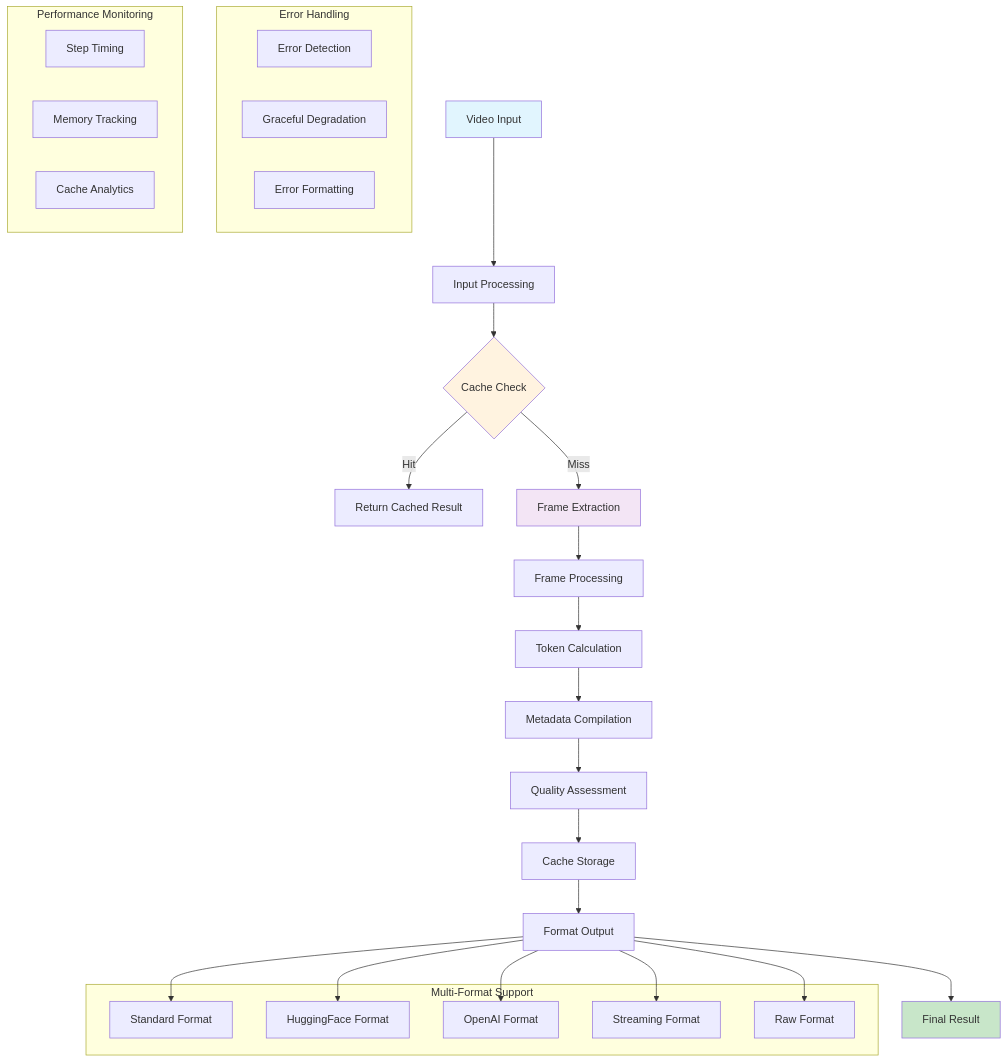
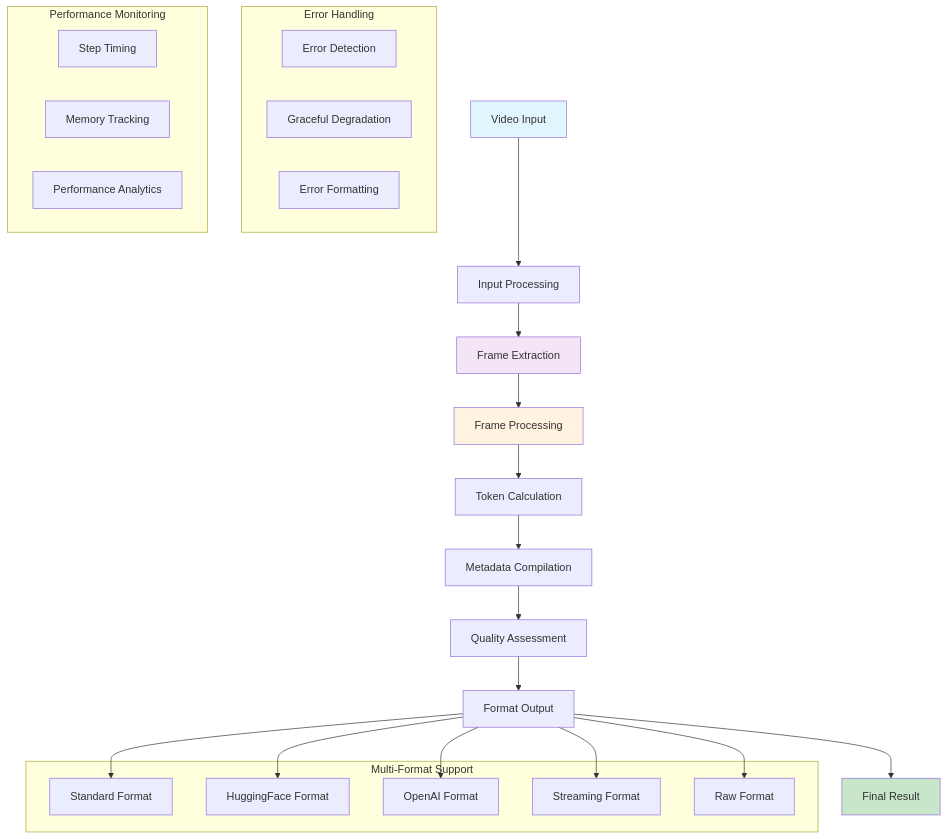
One commit to ShuhangGe/video_process changed the diagram in README.md. Above: the diagram before and after it, drawn with Mermaid. The commit also changed other lines of this file and 13 other files, not shown here.

````diff
--- a/README.md
+++ b/README.md
@@ -77,45 +76,42 @@
 ```mermaid
 flowchart TD
     A[Video Input] --> B[Input Processing]
-    B --> C{Cache Check}
-    C -->|Hit| D[Return Cached Result]
-    C -->|Miss| E[Frame Extraction]
-    E --> F[Frame Processing]
-    F --> G[Token Calculation]
-    G --> H[Metadata Compilation]
-    H --> I[Quality Assessment]
-    I --> J[Cache Storage]
-    J --> K[Format Output]
-    K --> L[Final Result]
+    B --> C[Frame Extraction]
+    C --> D[Frame Processing]
+    D --> E[Token Calculation]
+    E --> F[Metadata Compilation]
+    F --> G[Quality Assessment]
+    G --> H[Format Output]
+    H --> I[Final Result]
     
     subgraph "Error Handling"
-        M[Error Detection]
-        N[Graceful Degradation]
-        O[Error Formatting]
+        J[Error Detection]
+        K[Graceful Degradation]
+        L[Error Formatting]
     end
     
     subgraph "Performance Monitoring"
-        P[Step Timing]
-        Q[Memory Tracking]
-        R[Cache Analytics]
+        M[Step Timing]
+        N[Memory Tracking]
+        O[Performance Analytics]
     end
     
     subgraph "Multi-Format Support"
-        S[Standard Format]
-        T[HuggingFace Format]
-        U[OpenAI Format]
-        V[Streaming Format]
-        W[Raw Format]
+        P[Standard Format]
+        Q[HuggingFace Format]
+        R[OpenAI Format]
+        S[Streaming Format]
+        T[Raw Format]
     end
     
-    K --> S
-    K --> T
-    K --> U
-    K --> V
-    K --> W
+    H --> P
+    H --> Q
+    H --> R
+    H --> S
+    H --> T
     
     style A fill:#e1f5fe
-    style L fill:#c8e6c9
-    style C fill:#fff3e0
-    style E fill:#f3e5f5
+    style I fill:#c8e6c9
+    style C fill:#f3e5f5
+    style D fill:#fff3e0
 ```
````
